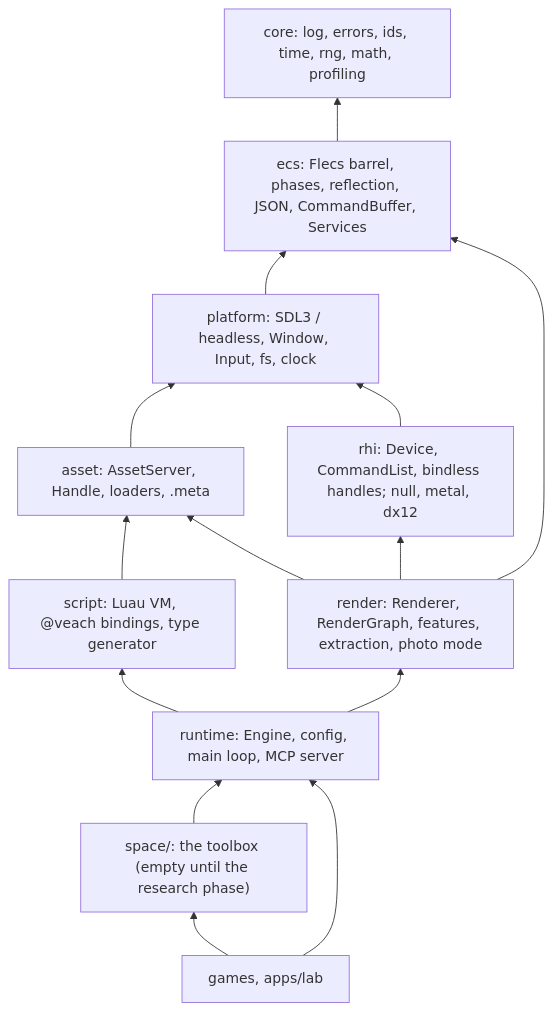
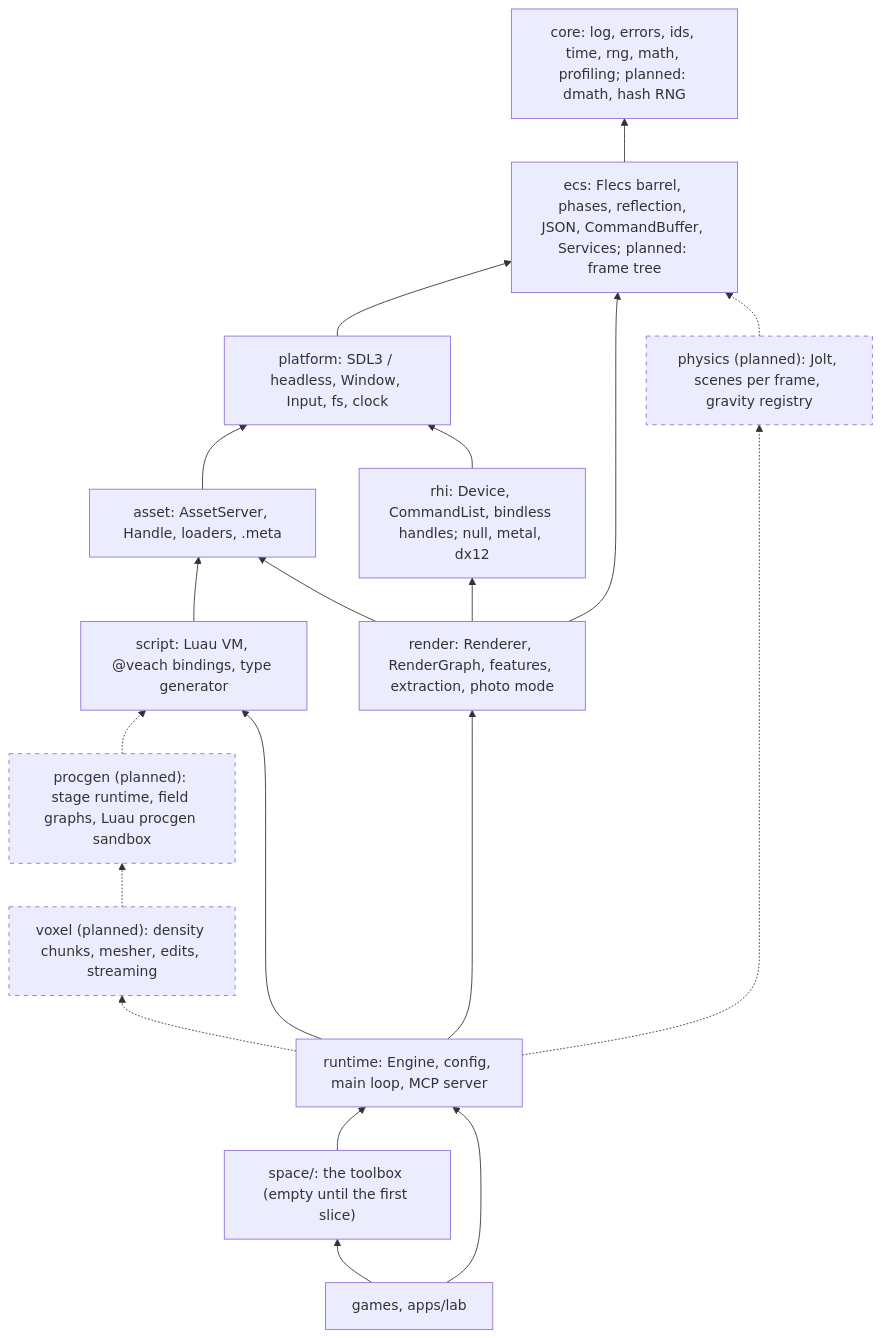
Before and after one commit to pdcamargo/veach: the first of 2 diagrams in docs/ARCHITECTURE.md, drawn with Mermaid. The commit also changed other lines of this file and 65 other files, not shown here.

````diff
--- a/docs/ARCHITECTURE.md
+++ b/docs/ARCHITECTURE.md
@@ -55,26 +73,36 @@
 ```mermaid
 flowchart BT
-    core["core: log, errors, ids, time, rng, math, profiling"]
-    ecs["ecs: Flecs barrel, phases, reflection, JSON, CommandBuffer, Services"]
+    core["core: log, errors, ids, time, rng, math, profiling; planned: dmath, hash RNG"]
+    ecs["ecs: Flecs barrel, phases, reflection, JSON, CommandBuffer, Services; planned: frame tree"]
     platform["platform: SDL3 / headless, Window, Input, fs, clock"]
     asset["asset: AssetServer, Handle, loaders, .meta"]
     script["script: Luau VM, @veach bindings, type generator"]
     rhi["rhi: Device, CommandList, bindless handles; null, metal, dx12"]
     render["render: Renderer, RenderGraph, features, extraction, photo mode"]
+    physics["physics (planned): Jolt, scenes per frame, gravity registry"]
+    procgen["procgen (planned): stage runtime, field graphs, Luau procgen sandbox"]
+    voxel["voxel (planned): density chunks, mesher, edits, streaming"]
     runtime["runtime: Engine, config, main loop, MCP server"]
-    space["space/: the toolbox (empty until the research phase)"]
+    space["space/: the toolbox (empty until the first slice)"]
     games["games, apps/lab"]
     ecs --> core
     platform --> ecs
     asset --> platform
     script --> asset
     rhi --> platform
     render --> rhi
     render --> ecs
     render --> asset
+    physics -.-> ecs
+    procgen -.-> script
+    voxel -.-> procgen
     runtime --> script
     runtime --> render
+    runtime -.-> physics
+    runtime -.-> voxel
     space --> runtime
     games --> space
     games --> runtime
+    classDef planned stroke-dasharray: 5 5
+    class physics,procgen,voxel planned
 ```
````
